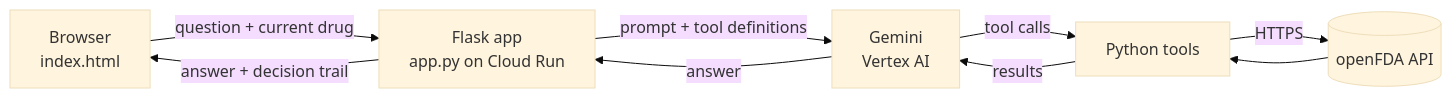
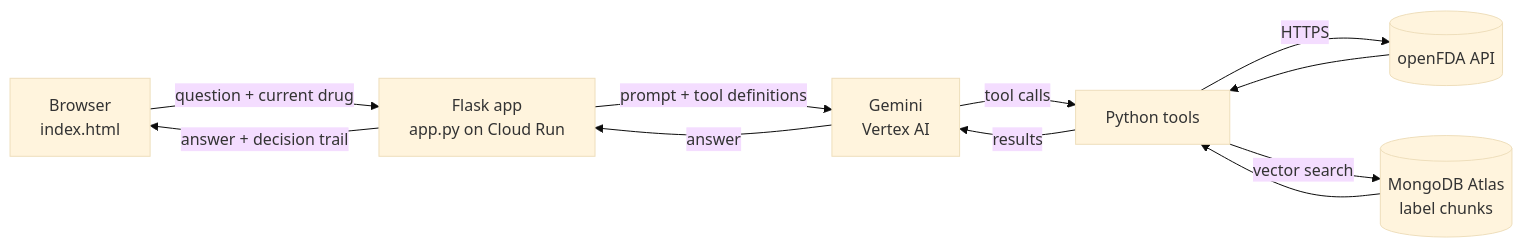
The diagram in README.md (david-carroll-aws/fda-drug-ai-agent), drawn with Mermaid (base theme) before and after one commit. The commit also changed other lines of this file, not shown here.

````diff
--- a/README.md
+++ b/README.md
@@ -33,11 +42,13 @@
 ```mermaid
 flowchart LR
     U[Browser<br/>index.html] -->|question + current drug| F[Flask app<br/>app.py on Cloud Run]
     F -->|prompt + tool definitions| G[Gemini<br/>Vertex AI]
     G -->|tool calls| T[Python tools]
     T -->|HTTPS| O[(openFDA API)]
     O --> T
+    T -->|vector search| M[(MongoDB Atlas<br/>label chunks)]
+    M --> T
     T -->|results| G
     G -->|answer| F
     F -->|answer + decision trail| U
 ```
````
